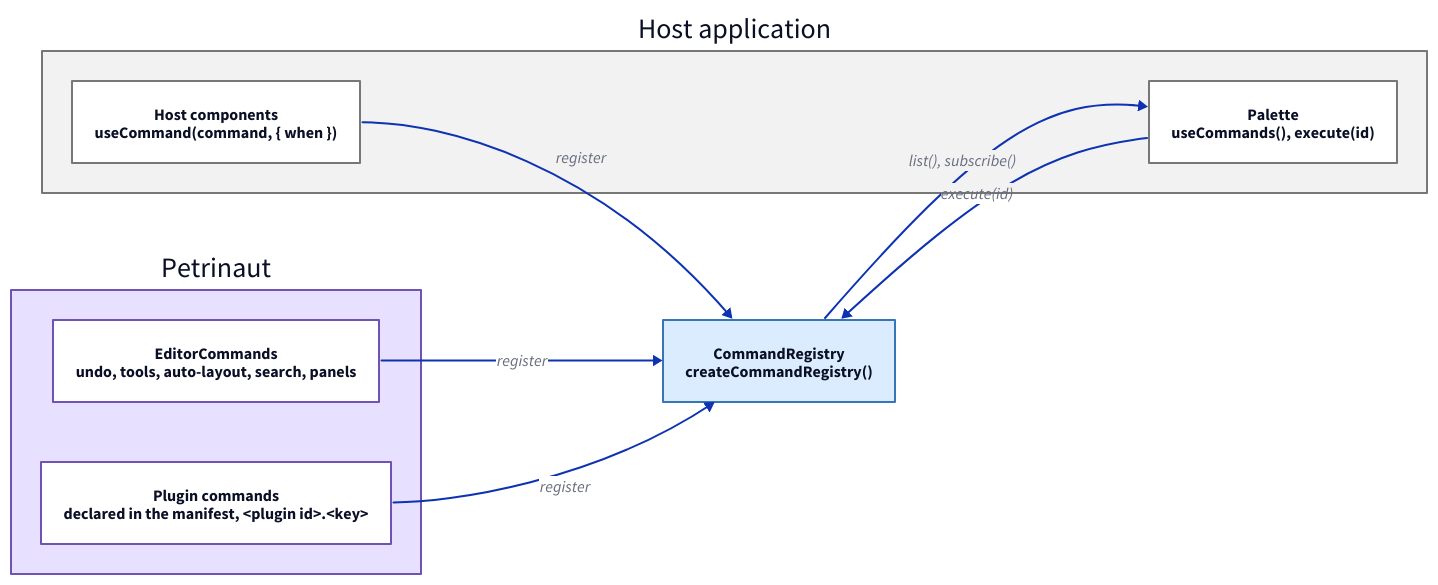
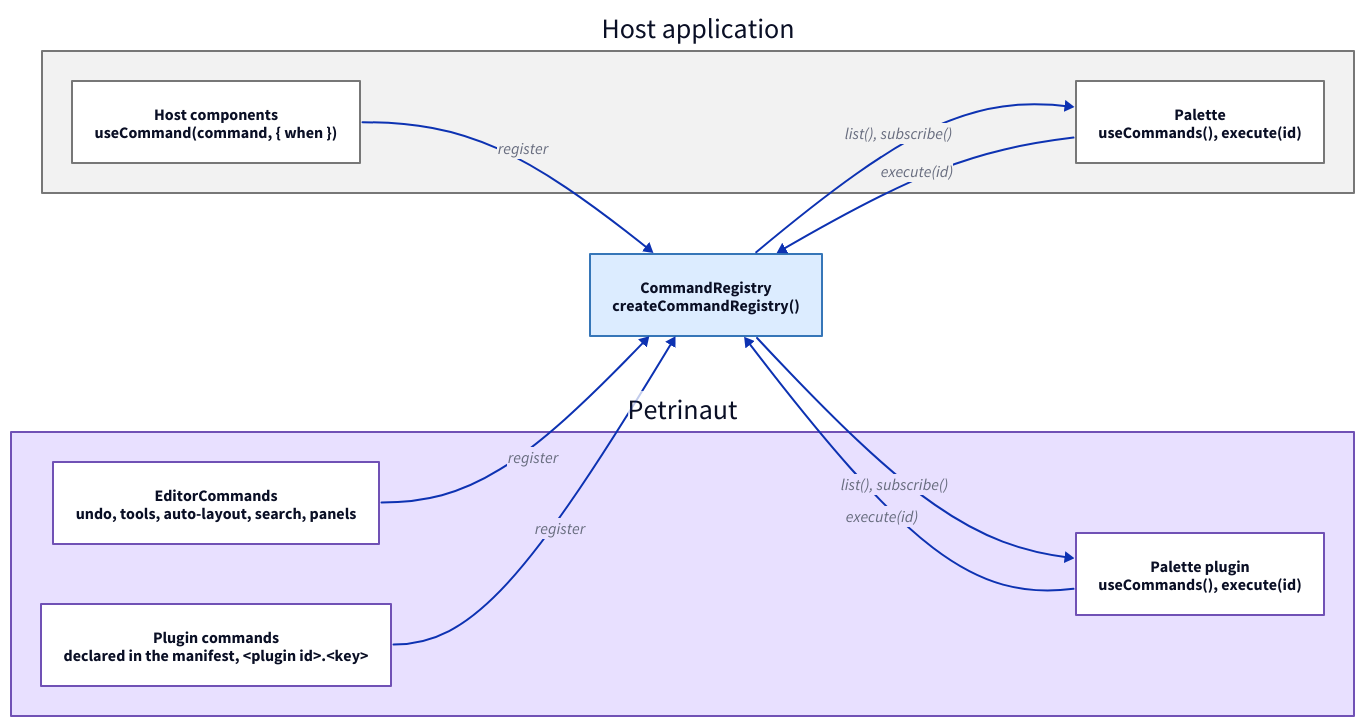
One commit to hashintel/hash changed the diagram in libs/@local/petrinaut-arch-docs/content/diagrams/command-registry-flow.d2. Above: the diagram before and after it, drawn with D2. The commit also changed 9 other files, not shown here.

First line of the commit message:
Add the command palette plugin

```diff
--- a/libs/@local/petrinaut-arch-docs/content/diagrams/command-registry-flow.d2
+++ b/libs/@local/petrinaut-arch-docs/content/diagrams/command-registry-flow.d2
@@ -1,26 +1,29 @@
 # Hand-written; rendered by the arch-docs build. Palette matches the classes in
 # src/emit/d2.ts: core nodes use the `core` class, React bindings the `react`
 # class, and the host application the `other` class.
 direction: right
 
 host: "Host application" {
   style.fill: "#f2f2f2"
   style.stroke: "#777777"
   components: "Host components\nuseCommand(command, { when })" {style.fill: "#ffffff"; style.stroke: "#777777"}
   palette: "Palette\nuseCommands(), execute(id)" {style.fill: "#ffffff"; style.stroke: "#777777"}
 }
 
 registry: "CommandRegistry\ncreateCommandRegistry()" {style.fill: "#dcecff"; style.stroke: "#3676b8"}
 
 petrinaut: "Petrinaut" {
   style.fill: "#e8e0ff"
   style.stroke: "#7051b5"
   editor: "EditorCommands\nundo, tools, auto-layout, search, panels" {style.fill: "#ffffff"; style.stroke: "#7051b5"}
   plugins: "Plugin commands\ndeclared in the manifest, <plugin id>.<key>" {style.fill: "#ffffff"; style.stroke: "#7051b5"}
+  palette: "Palette plugin\nuseCommands(), execute(id)" {style.fill: "#ffffff"; style.stroke: "#7051b5"}
 }
 
 host.components -> registry: register
 petrinaut.editor -> registry: register
 petrinaut.plugins -> registry: register
+registry -> petrinaut.palette: "list(), subscribe()"
+petrinaut.palette -> registry: "execute(id)"
 registry -> host.palette: "list(), subscribe()"
 host.palette -> registry: "execute(id)"
```
